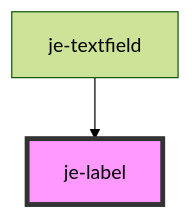
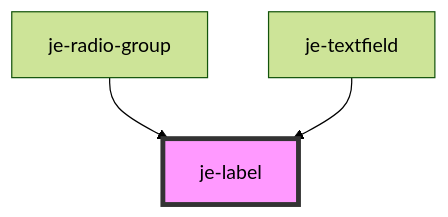
The diagram in packages/docs/docs/components/je-label/readme.md (pgreen00/jebamo), drawn with Mermaid (forest theme) before and after one commit. The commit also changed other lines of this file and 23 other files, not shown here.

````diff
--- a/packages/docs/docs/components/je-label/readme.md
+++ b/packages/docs/docs/components/je-label/readme.md
@@ -30,5 +31,6 @@
 ```mermaid
 graph TD;
+  je-radio-group --> je-label
   je-textfield --> je-label
   style je-label fill:#f9f,stroke:#333,stroke-width:4px
 ```
````
